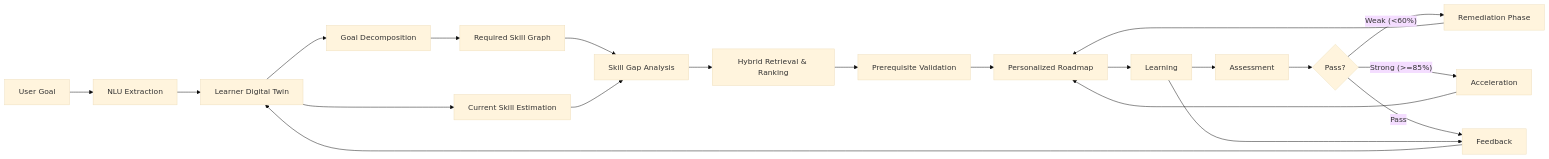
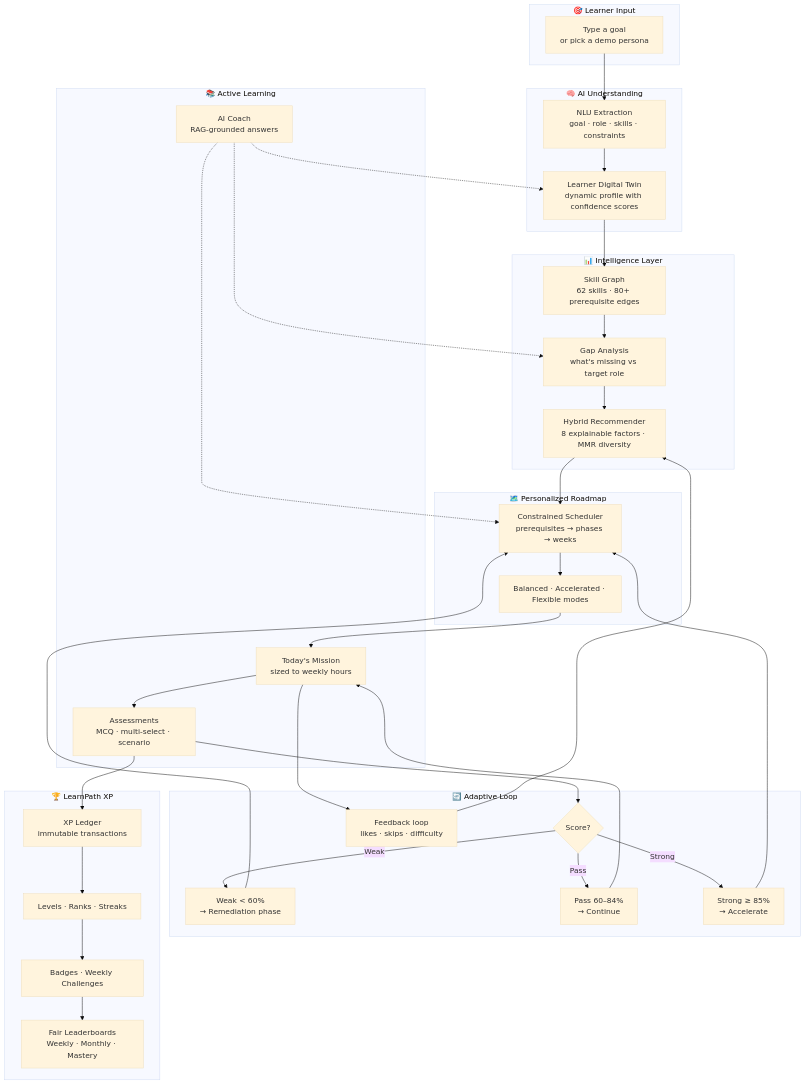
Before and after one commit to rishabhverma007/LearnPath-AI: the first of 4 diagrams in README.md, drawn with Mermaid (base theme). The commit also changed other lines of this file, not shown here.

First line of the commit message:
docs: rewrite README with mermaid flowcharts and clean structure

````diff
--- a/README.md
+++ b/README.md
@@ -33,23 +16,54 @@
 ```mermaid
-flowchart LR
-    A[User Goal] --> B[NLU Extraction]
-    B --> C[Learner Digital Twin]
-    C --> D[Goal Decomposition]
-    D --> E[Required Skill Graph]
-    C --> F[Current Skill Estimation]
-    E --> G[Skill Gap Analysis]
-    F --> G
-    G --> H[Hybrid Retrieval & Ranking]
-    H --> I[Prerequisite Validation]
-    I --> J[Personalized Roadmap]
-    J --> K[Learning]
-    K --> L[Assessment]
-    L --> M{Pass?}
-    M -- "Weak (<60%)" --> N[Remediation Phase]
-    N --> J
-    M -- "Strong (>=85%)" --> O[Acceleration]
-    O --> J
-    M -- "Pass" --> P[Feedback]
-    P --> C
-    K --> P
+flowchart TD
+    subgraph Input["🎯 Learner Input"]
+        A[Type a goal<br/>or pick a demo persona]
+    end
+
+    subgraph Extraction["🧠 AI Understanding"]
+        B[NLU Extraction<br/>goal · role · skills · constraints]
+        C[Learner Digital Twin<br/>dynamic profile with confidence scores]
+    end
+
+    subgraph Intelligence["📊 Intelligence Layer"]
+        D[Skill Graph<br/>62 skills · 80+ prerequisite edges]
+        E[Gap Analysis<br/>what's missing vs target role]
+        F[Hybrid Recommender<br/>8 explainable factors · MMR diversity]
+    end
+
+    subgraph Roadmap["🗺️ Personalized Roadmap"]
+        G[Constrained Scheduler<br/>prerequisites → phases → weeks]
+        H[Balanced · Accelerated · Flexible modes]
+    end
+
+    subgraph Learning["📚 Active Learning"]
+        I[Today's Mission<br/>sized to weekly hours]
+        J[Assessments<br/>MCQ · multi-select · scenario]
+        K[AI Coach<br/>RAG-grounded answers]
+    end
+
+    subgraph Adaptation["🔄 Adaptive Loop"]
+        L{Score?}
+        M["Weak < 60%<br/>→ Remediation phase"]
+        N["Pass 60–84%<br/>→ Continue"]
+        O["Strong ≥ 85%<br/>→ Accelerate"]
+        P[Feedback loop<br/>likes · skips · difficulty]
+    end
+
+    subgraph Gamification["🏆 LearnPath XP"]
+        Q[XP Ledger<br/>immutable transactions]
+        R[Levels · Ranks · Streaks]
+        S[Badges · Weekly Challenges]
+        T[Fair Leaderboards<br/>Weekly · Monthly · Mastery]
+    end
+
+    A --> B --> C --> D --> E --> F --> G --> H
+    H --> I --> J --> L
+    L -- "Weak" --> M --> G
+    L -- "Pass" --> N --> I
+    L -- "Strong" --> O --> G
+    I --> P --> F
+    J --> Q --> R --> S --> T
+    K -.-> C
+    K -.-> E
+    K -.-> G
 ```
````
